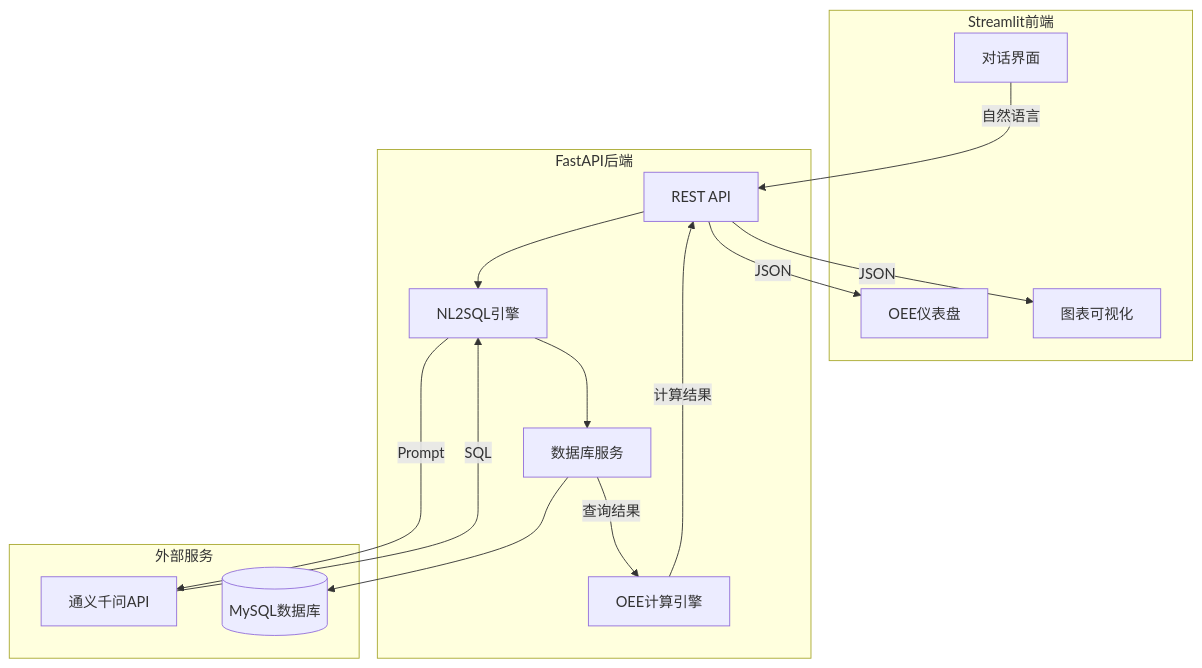
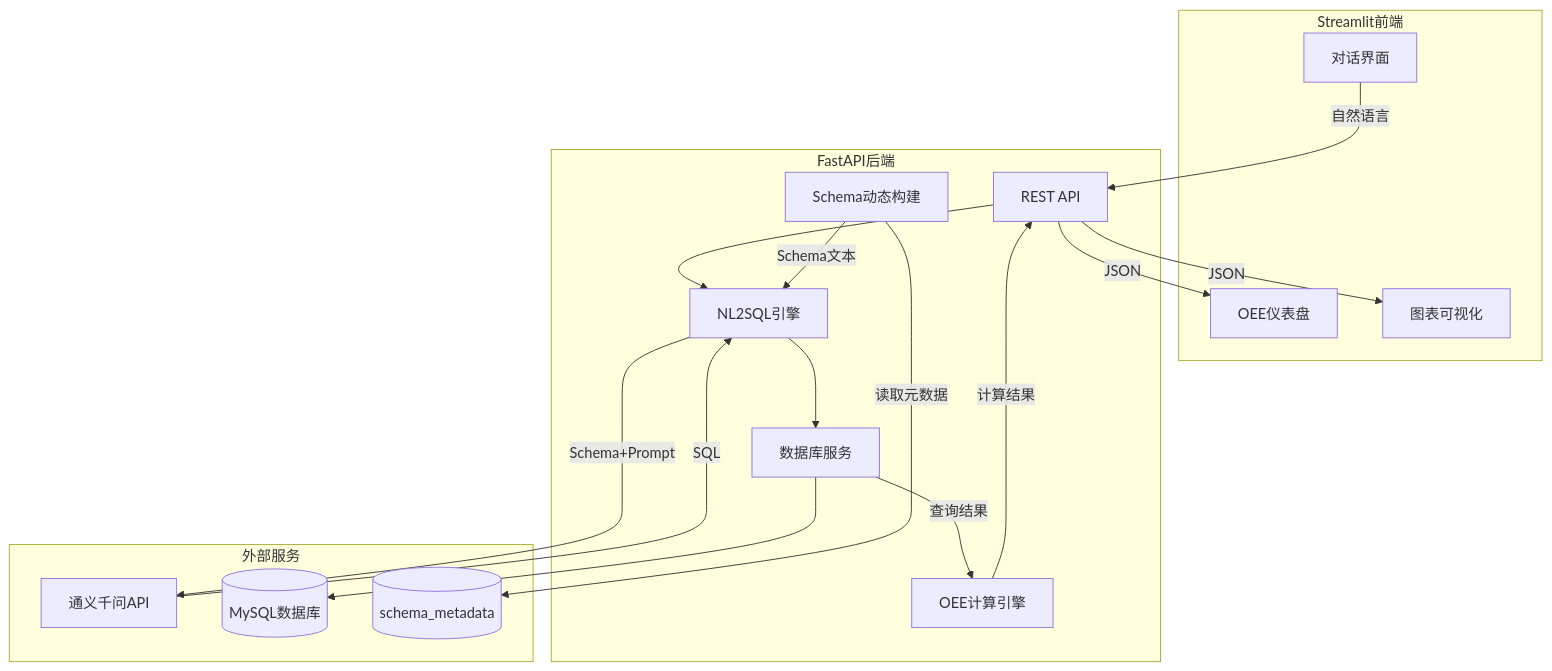
The diagram in docs/项目实现计划.md (sharp-007/ChatBI_OEE), drawn with Mermaid before and after one commit. The commit also changed other lines of this file and 9 other files, not shown here.

````diff
--- a/docs/项目实现计划.md
+++ b/docs/项目实现计划.md
@@ -38,28 +41,32 @@
 ```mermaid
 graph TB
     subgraph frontend [Streamlit前端]
         ChatUI[对话界面]
         Dashboard[OEE仪表盘]
         Charts[图表可视化]
     end
     subgraph backend [FastAPI后端]
         API[REST API]
         NL2SQL[NL2SQL引擎]
         OEECalc[OEE计算引擎]
         DBService[数据库服务]
+        SchemaBuilder[Schema动态构建]
     end
     subgraph external [外部服务]
         Qwen[通义千问API]
         MySQL[(MySQL数据库)]
+        MetaTable[(schema_metadata)]
     end
     ChatUI -->|自然语言| API
     API --> NL2SQL
-    NL2SQL -->|Prompt| Qwen
+    NL2SQL -->|Schema+Prompt| Qwen
     Qwen -->|SQL| NL2SQL
     NL2SQL --> DBService
     DBService --> MySQL
+    SchemaBuilder -->|读取元数据| MetaTable
+    SchemaBuilder -->|Schema文本| NL2SQL
     DBService -->|查询结果| OEECalc
     OEECalc -->|计算结果| API
     API -->|JSON| Dashboard
     API -->|JSON| Charts
 ```
````
